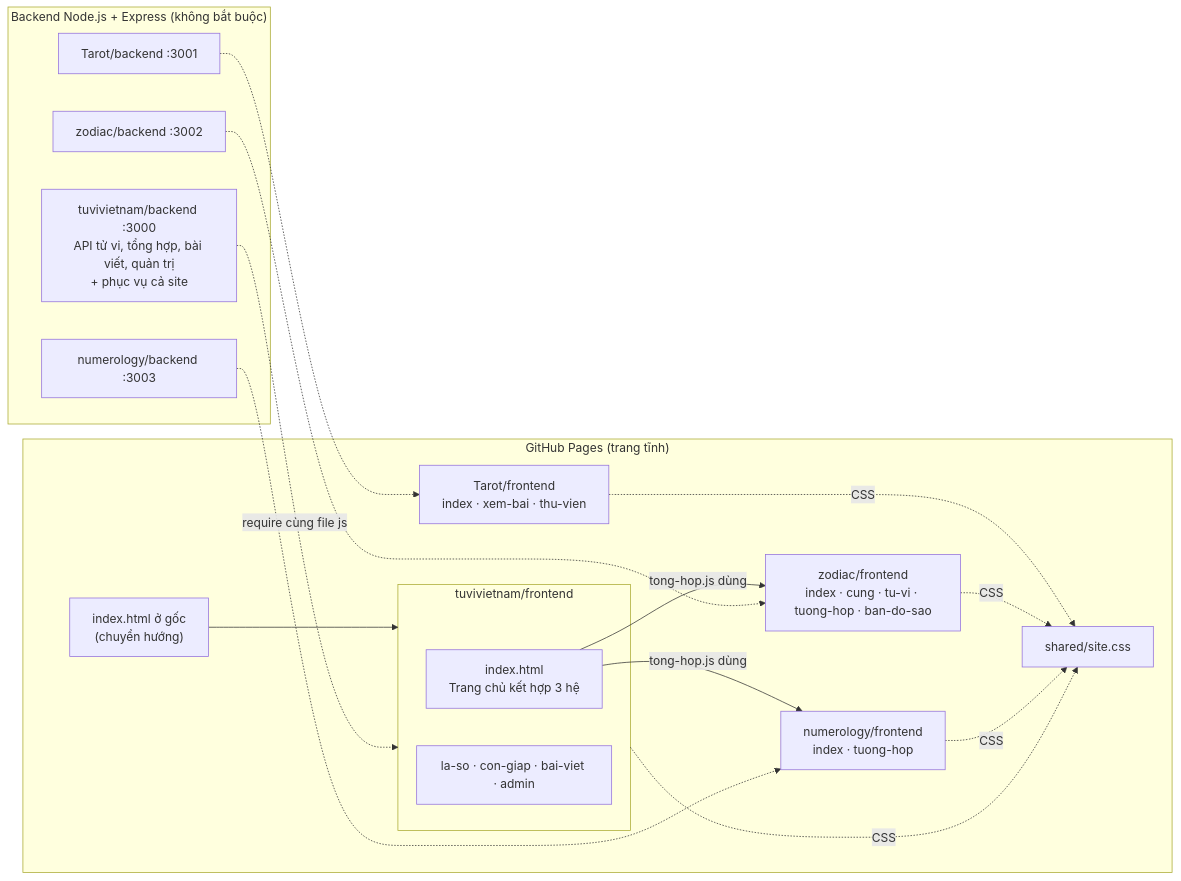
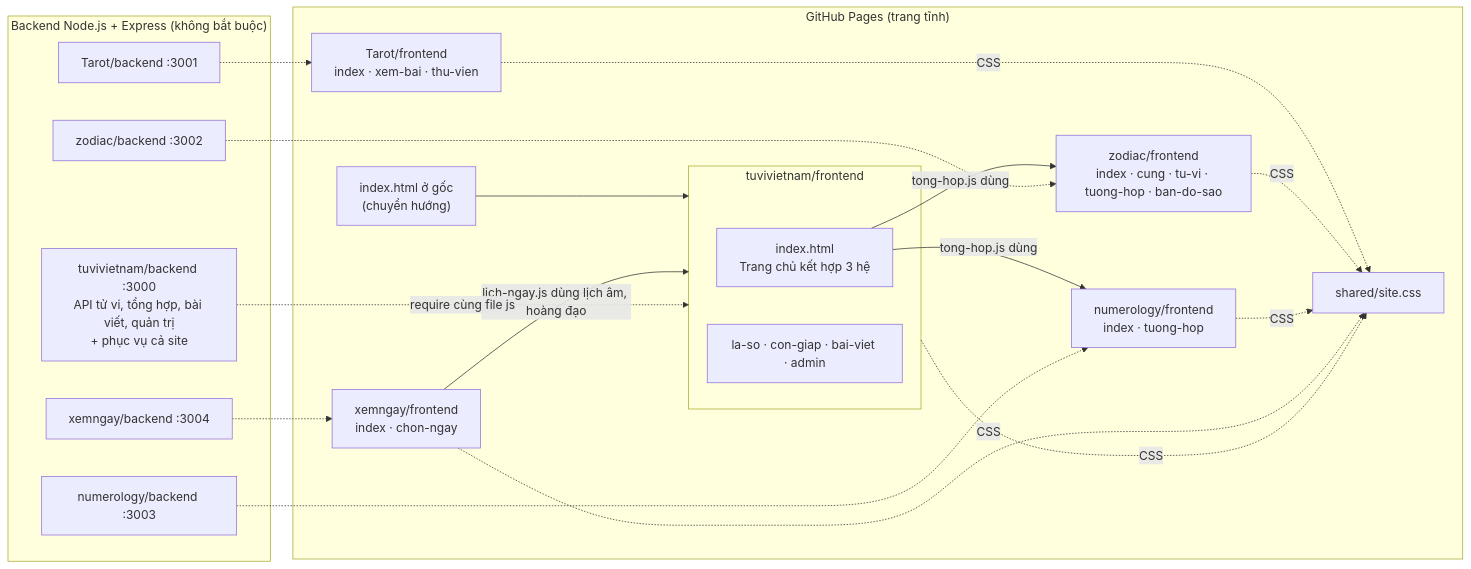
Before and after one commit to nakame9/Spiritual: the diagram in README.md, drawn with Mermaid. The commit also changed other lines of this file and 31 other files, not shown here.

````diff
--- a/README.md
+++ b/README.md
@@ -10,27 +10,31 @@
 ```mermaid
 flowchart LR
   subgraph Pages["GitHub Pages (trang tĩnh)"]
     G["index.html ở gốc\n(chuyển hướng)"] --> TV
     subgraph TV["tuvivietnam/frontend"]
       home["index.html\nTrang chủ kết hợp 3 hệ"]
       tvp["la-so · con-giap · bai-viet · admin"]
     end
     TA["Tarot/frontend\nindex · xem-bai · thu-vien"]
     ZO["zodiac/frontend\nindex · cung · tu-vi · tuong-hop · ban-do-sao"]
     NU["numerology/frontend\nindex · tuong-hop"]
+    XN["xemngay/frontend\nindex · chon-ngay"]
     SH["shared/site.css"]
   end
   home -- "tong-hop.js dùng" --> ZO
   home -- "tong-hop.js dùng" --> NU
-  TV & TA & ZO & NU -. CSS .-> SH
+  XN -- "lich-ngay.js dùng lịch âm, hoàng đạo" --> TV
+  TV & TA & ZO & NU & XN -. CSS .-> SH
   subgraph BE["Backend Node.js + Express (không bắt buộc)"]
     B0["tuvivietnam/backend :3000\nAPI tử vi, tổng hợp, bài viết, quản trị\n+ phục vụ cả site"]
     B1["Tarot/backend :3001"]
     B2["zodiac/backend :3002"]
     B3["numerology/backend :3003"]
+    B4["xemngay/backend :3004"]
   end
   B0 -. "require cùng file js" .-> TV
   B1 -.-> TA
   B2 -.-> ZO
   B3 -.-> NU
+  B4 -.-> XN
 ```
````
